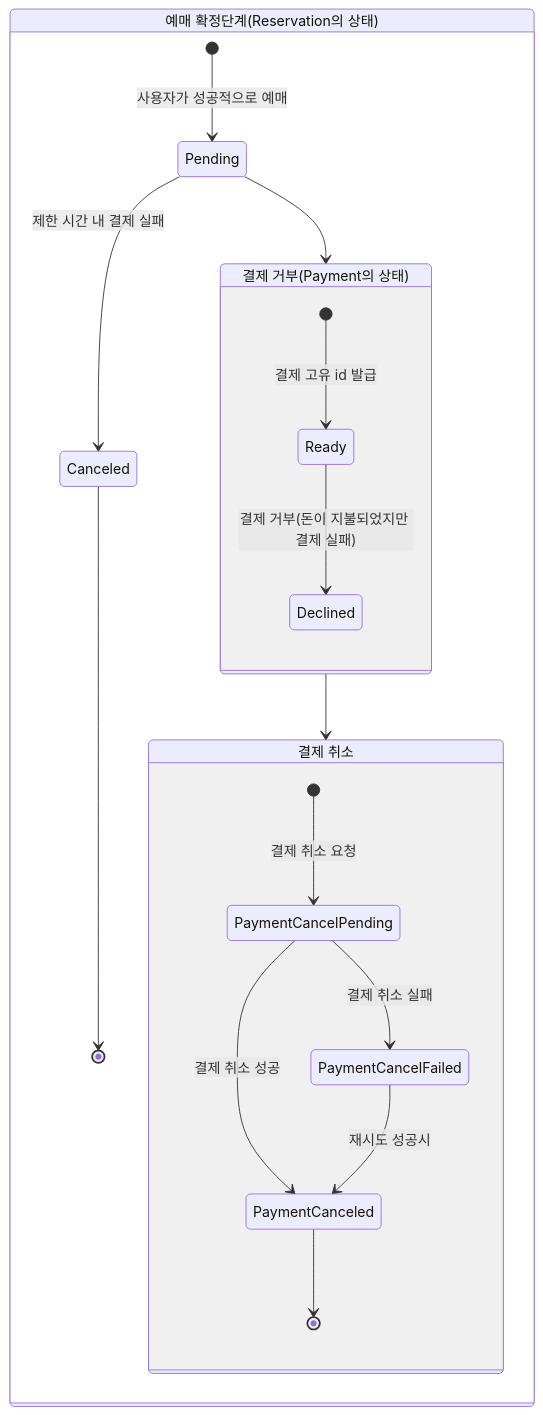
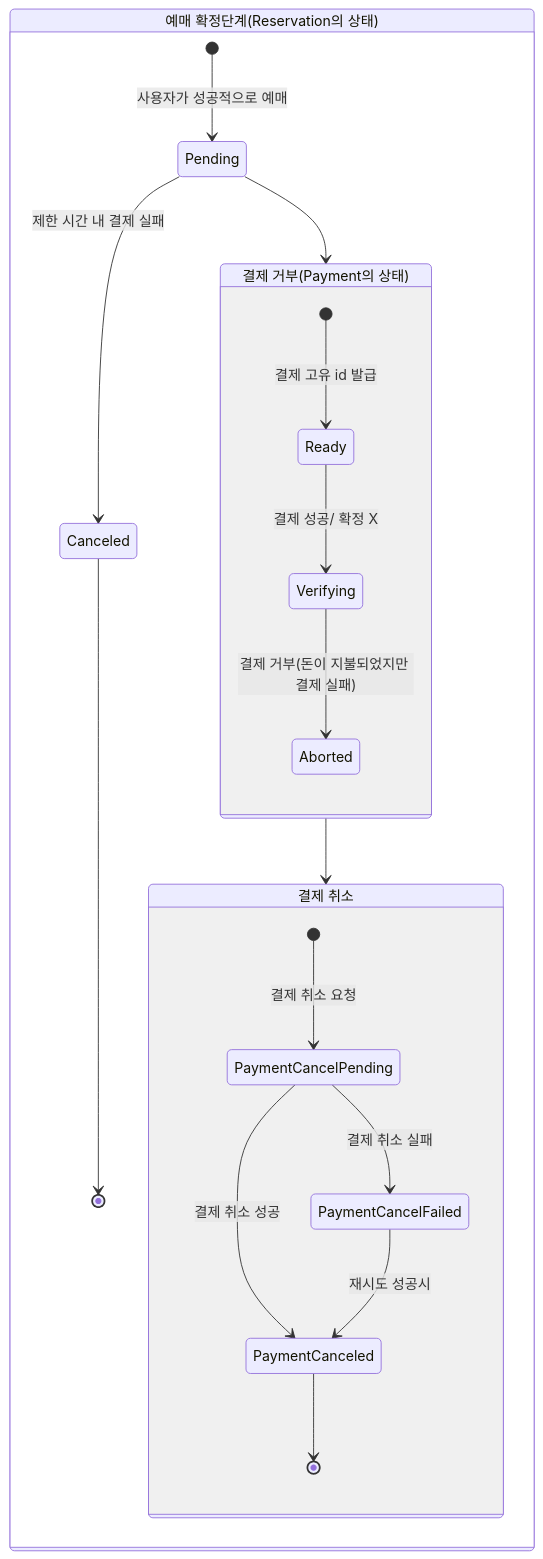
One commit to js990311/reservation-movie changed the fifth of 5 diagrams in README.md. Above: the diagram before and after it, drawn with Mermaid. The commit also changed other lines of this file and 13 other files, not shown here.

First line of the commit message:
feat: READY 상태와 고객이 돈을 지불한 상태인 VERIFYING 분리

````diff
--- a/README.md
+++ b/README.md
@@ -65,21 +67,22 @@
 ```mermaid
 stateDiagram-v2
     state "예매 확정단계(Reservation의 상태)" as Reservation{
         [*] --> Pending : 사용자가 성공적으로 예매
         Pending --> Payment
         state "결제 거부(Payment의 상태)" as Payment{
             [*] --> Ready : 결제 고유 id 발급
-            Ready --> Declined : 결제 거부(돈이 지불되었지만 결제 실패)
+            Ready --> Verifying : 결제 성공/ 확정 X
+            Verifying --> Aborted : 결제 거부(돈이 지불되었지만 결제 실패)
         }
         Payment --> PaymentCancel
         state "결제 취소" as PaymentCancel {
             [*] --> PaymentCancelPending : 결제 취소 요청
             PaymentCancelPending --> PaymentCanceled : 결제 취소 성공
             PaymentCancelPending --> PaymentCancelFailed : 결제 취소 실패
             PaymentCancelFailed --> PaymentCanceled : 재시도 성공시
             PaymentCanceled --> [*]
         }
         Pending --> Canceled : 제한 시간 내 결제 실패
         Canceled--> [*]
     }
 ```
````
